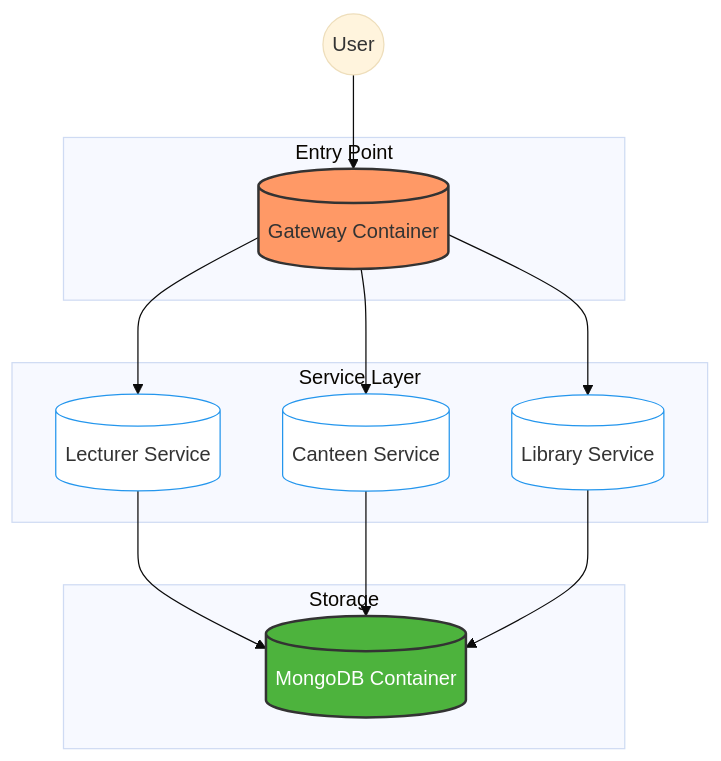
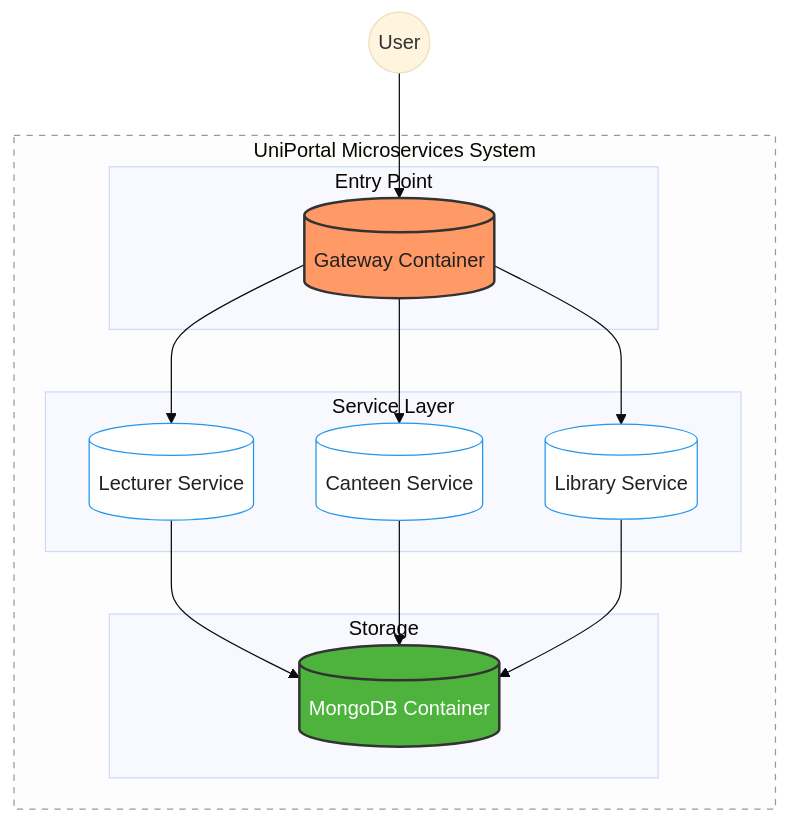
One commit to thaminuZs/uni-portal-microservices changed the diagram in README.md. Above: the diagram before and after it, drawn with Mermaid (base theme). The commit also changed other lines of this file and 4 other files, not shown here.

````diff
--- a/README.md
+++ b/README.md
@@ -3,34 +3,38 @@
 ```mermaid
 graph TD
     User((User)) --> Gateway
 
-    subgraph External [Entry Point]
-        Gateway[("Gateway Container")]
-    end
+    subgraph SystemBoundary [UniPortal Microservices System]
+        style SystemBoundary fill:#fdfdfd,stroke:#999,stroke-dasharray: 5 5
 
-    subgraph LogicTier [Service Layer]
-        Lecturer[("Lecturer Service")]
-        Canteen[("Canteen Service")]
-        Library[("Library Service")]
-    end
+        subgraph External [Entry Point]
+            Gateway[("Gateway Container")]
+        end
 
-    subgraph DataTier [Storage]
-        DB[("MongoDB Container")]
+        subgraph LogicTier [Service Layer]
+            Lecturer[("Lecturer Service")]
+            Canteen[("Canteen Service")]
+            Library[("Library Service")]
+        end
+
+        subgraph DataTier [Storage]
+            DB[("MongoDB Container")]
+        end
     end
 
     %% Communication Flow
     Gateway --> Lecturer
     Gateway --> Canteen
     Gateway --> Library
 
     Lecturer --> DB
     Canteen --> DB
     Library --> DB
 
     %% Styling
-    style Gateway fill:#f96,stroke:#333,stroke-width:2px
+    style Gateway fill:#f96,stroke:#333,stroke-width:2px,color:#222
     style DB fill:#4db33d,stroke:#333,stroke-width:2px,color:#fff
-    style Lecturer fill:#fff,stroke:#2496ed
-    style Canteen fill:#fff,stroke:#2496ed
-    style Library fill:#fff,stroke:#2496ed
+    style Lecturer fill:#fff,stroke:#2496ed,color:#222
+    style Canteen fill:#fff,stroke:#2496ed,color:#222
+    style Library fill:#fff,stroke:#2496ed,color:#222
 ```
````
